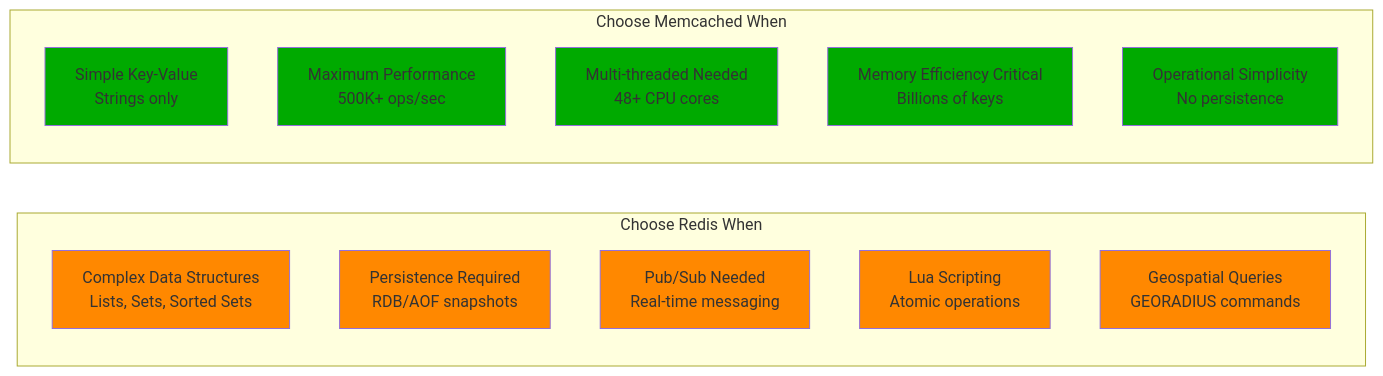
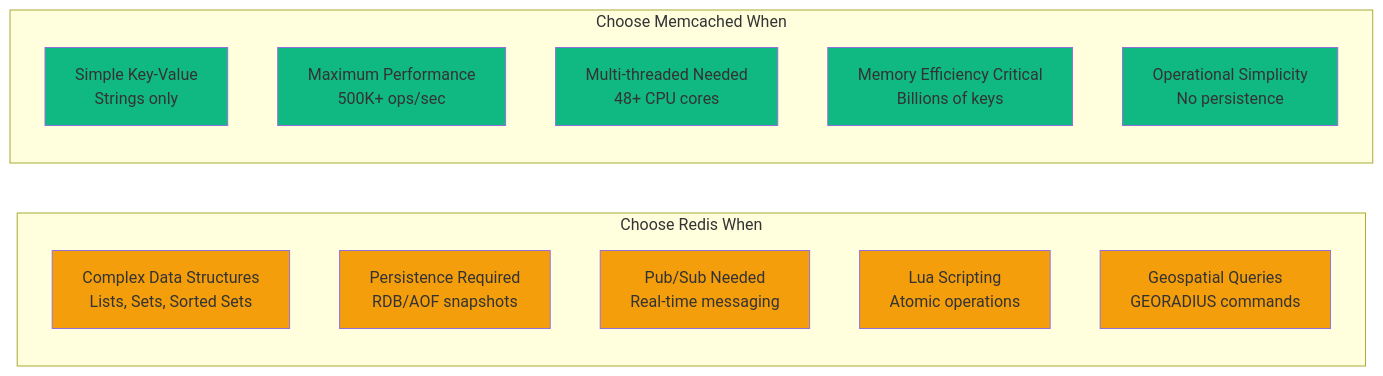
One commit to deepaucksharma/DS changed the second of 2 diagrams in site/docs/comparisons/redis-vs-memcached.md. Above: the diagram before and after it, drawn with Mermaid. The commit also changed other lines of this file and 303 other files, not shown here.

````diff
--- a/site/docs/comparisons/redis-vs-memcached.md
+++ b/site/docs/comparisons/redis-vs-memcached.md
@@ -161,29 +161,29 @@
 ```mermaid
 graph LR
     subgraph "Choose Redis When"
         R1[Complex Data Structures<br/>Lists, Sets, Sorted Sets]
         R2[Persistence Required<br/>RDB/AOF snapshots]
         R3[Pub/Sub Needed<br/>Real-time messaging]
         R4[Lua Scripting<br/>Atomic operations]
         R5[Geospatial Queries<br/>GEORADIUS commands]
     end
 
     subgraph "Choose Memcached When"
         M1[Simple Key-Value<br/>Strings only]
         M2[Maximum Performance<br/>500K+ ops/sec]
         M3[Multi-threaded Needed<br/>48+ CPU cores]
         M4[Memory Efficiency Critical<br/>Billions of keys]
         M5[Operational Simplicity<br/>No persistence]
     end
 
-    style R1 fill:#FF8800
-    style R2 fill:#FF8800
-    style R3 fill:#FF8800
-    style R4 fill:#FF8800
-    style R5 fill:#FF8800
-    style M1 fill:#00AA00
-    style M2 fill:#00AA00
-    style M3 fill:#00AA00
-    style M4 fill:#00AA00
-    style M5 fill:#00AA00
+    style R1 fill:#F59E0B
+    style R2 fill:#F59E0B
+    style R3 fill:#F59E0B
+    style R4 fill:#F59E0B
+    style R5 fill:#F59E0B
+    style M1 fill:#10B981
+    style M2 fill:#10B981
+    style M3 fill:#10B981
+    style M4 fill:#10B981
+    style M5 fill:#10B981
 ```
````
